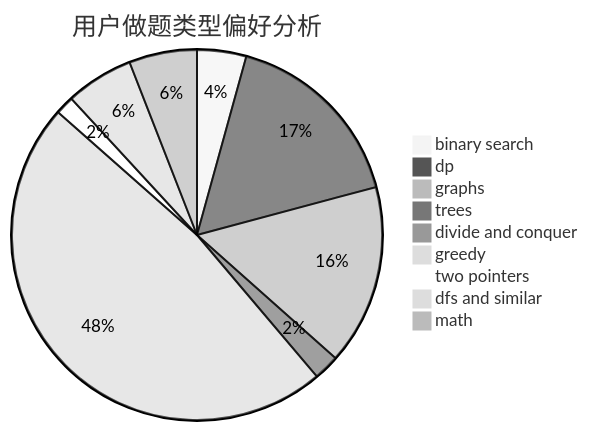
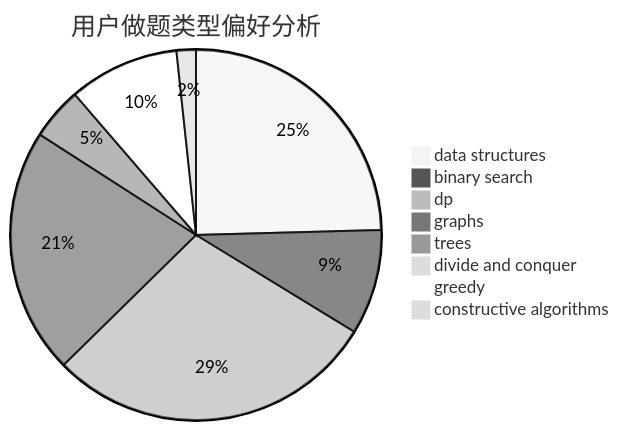
One commit to sherpahu/cfrs.github.io changed the second of 3 diagrams in docs/user/u838.md. Above: the diagram before and after it, drawn with Mermaid (neutral theme). The commit also changed other lines of this file and 2775 other files, not shown here.

````diff
--- a/docs/user/u838.md
+++ b/docs/user/u838.md
@@ -23,12 +23,11 @@
 ```mermaid
 pie title 用户做题类型偏好分析
-    "binary search" :  42
-    "dp" :  162
-    "graphs" :  154
-    "trees" :  22
+    "data structures" :  102
+    "binary search" :  38
+    "dp" :  120
+    "graphs" :  89
+    "trees" :  19
     "divide and conquer" :  0
-    "greedy" :  467
-    "two pointers" :  16
-    "dfs and similar" :  58
-    "math" :  58
+    "greedy" :  40
+    "constructive algorithms" :  7
 ```
````
